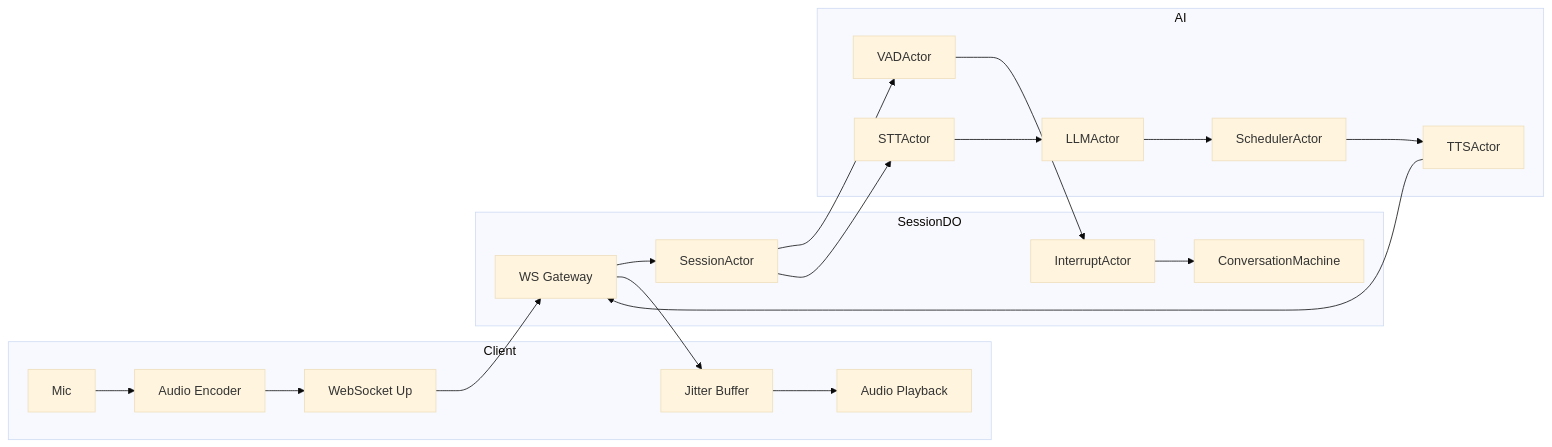
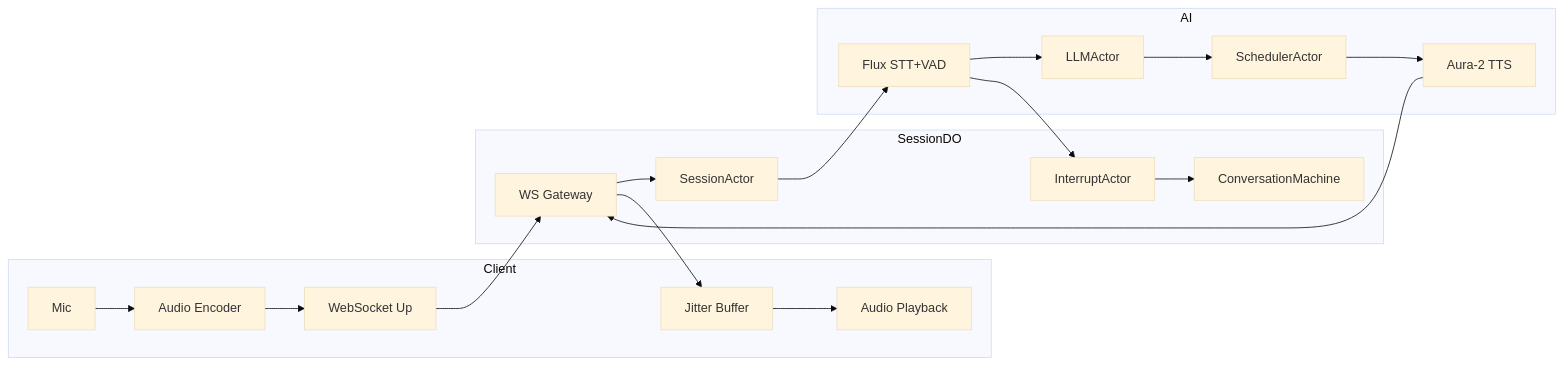
One commit to shivamd20/shvm-in changed the diagram in docs/VaniV2.md. Above: the diagram before and after it, drawn with Mermaid (base theme). The commit also changed other lines of this file and 10 other files, not shown here.

First line of the commit message:
feat: Integrate LLM and TTS functionality into Vani 2 with enhanced session management

````diff
--- a/docs/VaniV2.md
+++ b/docs/VaniV2.md
@@ -276,32 +273,30 @@
 ```mermaid
 flowchart LR
 
 subgraph Client
 MIC[Mic]
 ENC[Audio Encoder]
 WSU[WebSocket Up]
 PLAYBUF[Jitter Buffer]
 PLAY[Audio Playback]
 end
 
 subgraph SessionDO
 GW[WS Gateway]
 SA[SessionActor]
 SM[ConversationMachine]
 INT[InterruptActor]
 end
 
 subgraph AI
-VAD[VADActor]
-STT[STTActor]
+FLUX[Flux STT+VAD]
 LLM[LLMActor]
 SCH[SchedulerActor]
-TTS[TTSActor]
+TTS[Aura-2 TTS]
 end
 
 MIC --> ENC --> WSU --> GW --> SA
-SA --> VAD
-SA --> STT
-STT --> LLM --> SCH --> TTS --> GW --> PLAYBUF --> PLAY
-VAD --> INT --> SM
+SA --> FLUX
+FLUX --> LLM --> SCH --> TTS --> GW --> PLAYBUF --> PLAY
+FLUX --> INT --> SM
 ```
````
